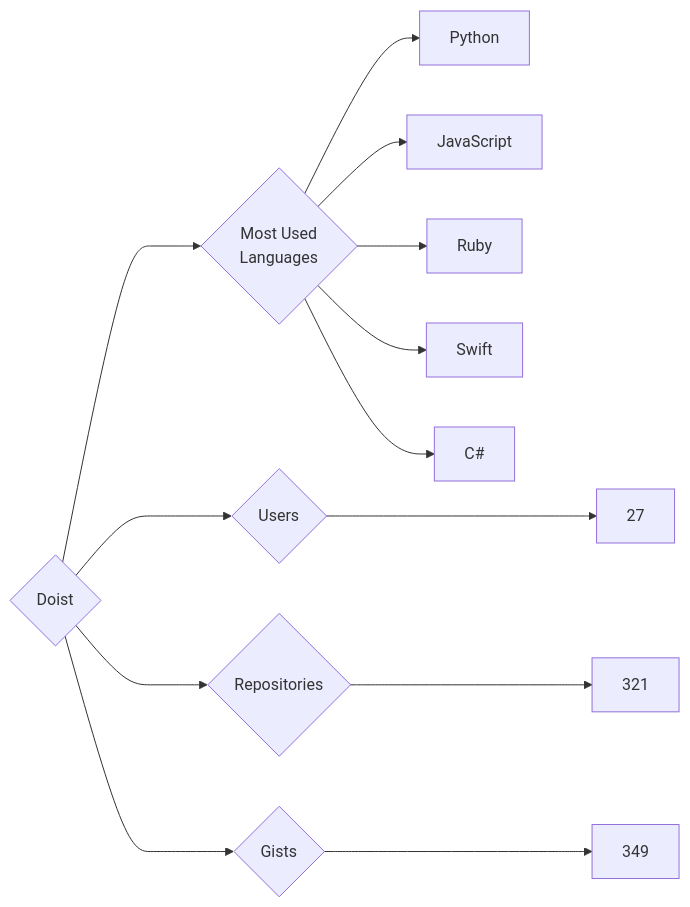
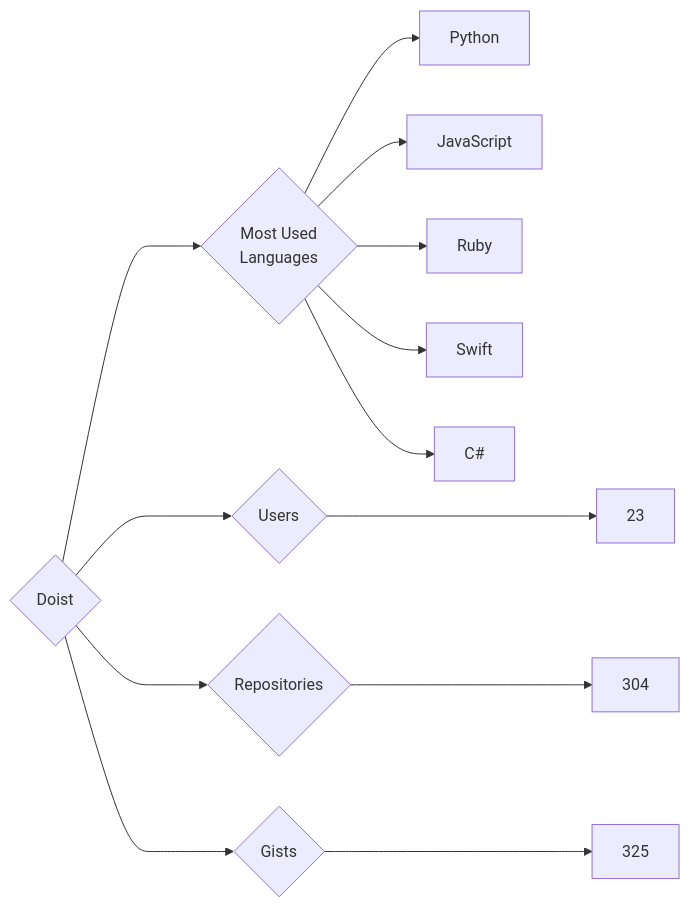
One commit to trickest/insiders changed the diagram in targets/Doist/README.md. Above: the diagram before and after it, drawn with Mermaid. The commit also changed 1195 other files, not shown here.

````diff
--- a/targets/Doist/README.md
+++ b/targets/Doist/README.md
@@ -3,13 +3,13 @@
 ```mermaid
 graph LR
 COMPANY_NAME{Doist}
-COMPANY_NAME ---> U{Users} ---> UN[27]
-COMPANY_NAME ---> R{Repositories} ---> RN[321]
-COMPANY_NAME ---> G{Gists} ---> GN[349]
+COMPANY_NAME ---> U{Users} ---> UN[23]
+COMPANY_NAME ---> R{Repositories} ---> RN[304]
+COMPANY_NAME ---> G{Gists} ---> GN[325]
 COMPANY_NAME ---> ML{Most Used<br>Languages}
 ML --> Python[Python]
 ML --> JavaScript[JavaScript]
 ML --> Ruby[Ruby]
 ML --> Swift[Swift]
 ML --> C#[C#]
 ```
````
